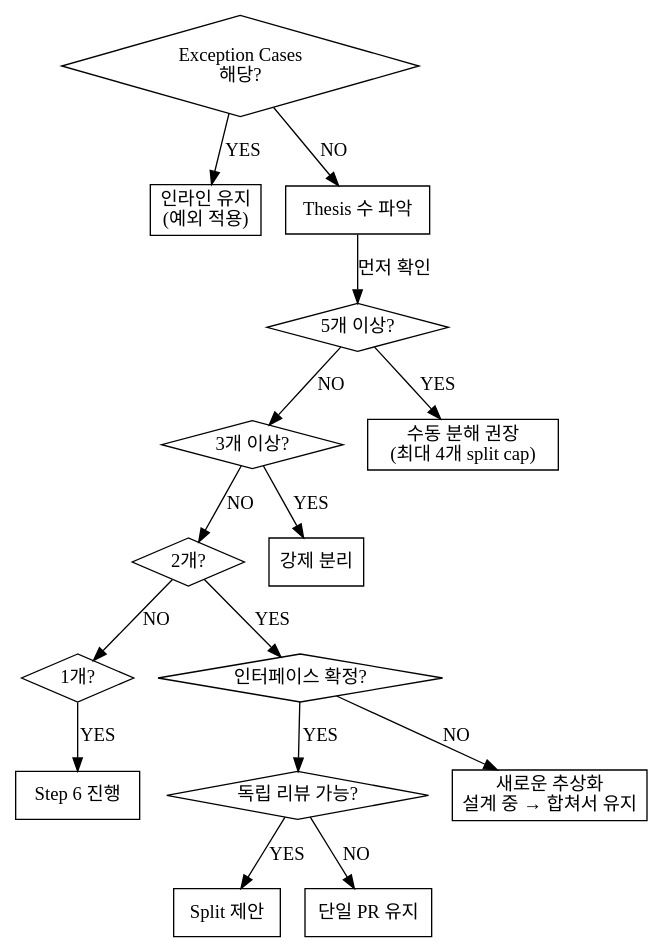
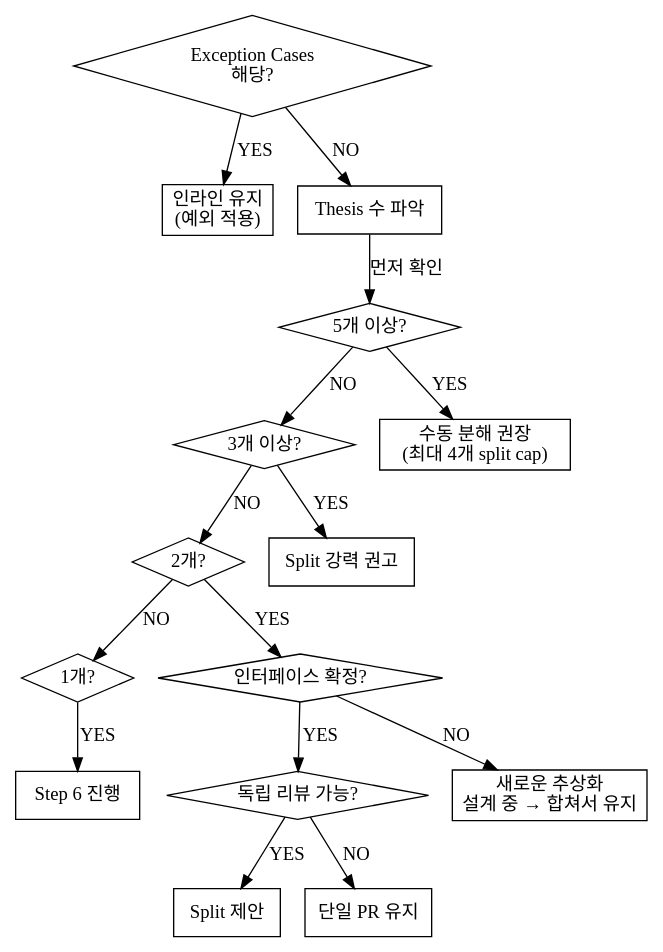
Before and after one commit to toongri/oh-my-toong-playground: the diagram in skills/make-pr/references/scope-assessment.md, drawn with Graphviz. The commit also changed other lines of this file, not shown here.

Commit message:
fix: scope-assessment 강제 분리 문구 완화

````diff
--- a/skills/make-pr/references/scope-assessment.md
+++ b/skills/make-pr/references/scope-assessment.md
@@ -44,36 +44,36 @@
 ```dot
 digraph thesis_decision {
     rankdir=TB;
 
     "Exception Cases\n해당?" [shape=diamond];
     "인라인 유지\n(예외 적용)" [shape=box];
     "Thesis 수 파악" [shape=box];
     "1개?" [shape=diamond];
     "2개?" [shape=diamond];
     "3개 이상?" [shape=diamond];
     "5개 이상?" [shape=diamond];
     "Step 6 진행" [shape=box];
     "인터페이스 확정?" [shape=diamond];
     "독립 리뷰 가능?" [shape=diamond];
     "Split 제안" [shape=box];
     "단일 PR 유지" [shape=box];
     "새로운 추상화\n설계 중 → 합쳐서 유지" [shape=box];
-    "강제 분리" [shape=box];
+    "Split 강력 권고" [shape=box];
     "수동 분해 권장\n(최대 4개 split cap)" [shape=box];
 
     "Exception Cases\n해당?" -> "인라인 유지\n(예외 적용)" [label="YES"];
     "Exception Cases\n해당?" -> "Thesis 수 파악" [label="NO"];
     "Thesis 수 파악" -> "5개 이상?" [label="먼저 확인"];
     "5개 이상?" -> "수동 분해 권장\n(최대 4개 split cap)" [label="YES"];
     "5개 이상?" -> "3개 이상?" [label="NO"];
-    "3개 이상?" -> "강제 분리" [label="YES"];
+    "3개 이상?" -> "Split 강력 권고" [label="YES"];
     "3개 이상?" -> "2개?" [label="NO"];
     "2개?" -> "인터페이스 확정?" [label="YES"];
     "2개?" -> "1개?" [label="NO"];
     "1개?" -> "Step 6 진행" [label="YES"];
     "인터페이스 확정?" -> "독립 리뷰 가능?" [label="YES"];
     "인터페이스 확정?" -> "새로운 추상화\n설계 중 → 합쳐서 유지" [label="NO"];
     "독립 리뷰 가능?" -> "Split 제안" [label="YES"];
     "독립 리뷰 가능?" -> "단일 PR 유지" [label="NO"];
 }
 ```
````
